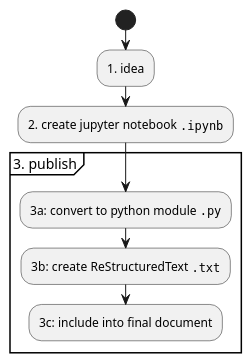
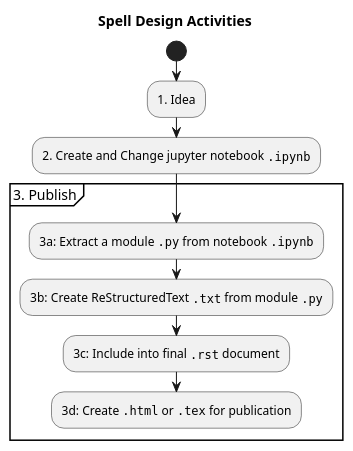
Before and after one commit to slott56/opend6-tools: the first of 3 diagrams in docs/usage.rst, drawn with PlantUML. The commit also changed other lines of this file and 589 other files, not shown here.

```diff
--- a/docs/usage.rst
+++ b/docs/usage.rst
@@ -403,14 +371,17 @@
 ..  uml::
 
     @startuml
-        'https://plantuml.com/activity-diagram-beta
+    'https://plantuml.com/activity-diagram-beta
 
-        start;
-        :1. idea;
-        :2. create jupyter notebook "".ipynb"";
-        partition "3. publish" {
-        :3a: convert to python module "".py"";
-        :3b: create ReStructuredText "".txt"";
-        :3c: include into final document;
-        }
+    title Spell Design Activities
+
+    start;
+    :1. Idea;
+    :2. Create and Change jupyter notebook "".ipynb"";
+    partition "3. Publish" {
+    :3a: Extract a module "".py"" from notebook "".ipynb"";
+    :3b: Create ReStructuredText "".txt"" from module "".py"";
+    :3c: Include into final "".rst"" document;
+    :3d: Create "".html"" or "".tex"" for publication;
+    }
     @enduml
```
